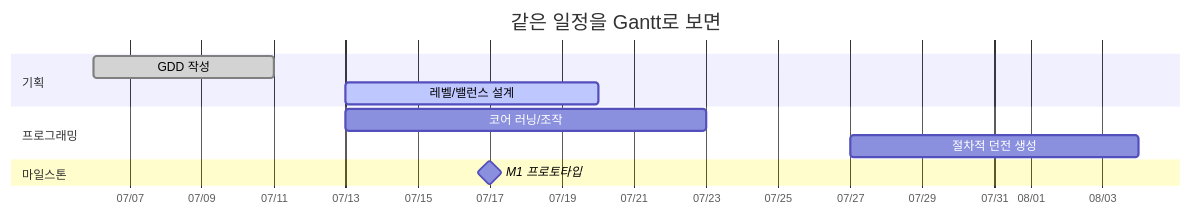
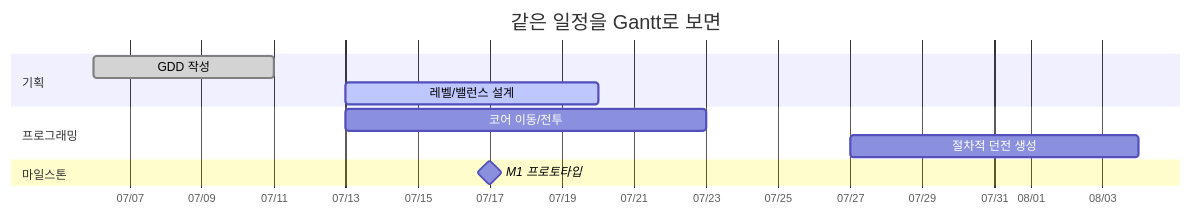
The third of 3 diagrams in 00_Overview/01_PM_Concepts_to_Tools.md (bbnotest/Smart4_PM), drawn with Mermaid before and after one commit. The commit also changed other lines of this file and 36 other files, not shown here.

````diff
--- a/00_Overview/01_PM_Concepts_to_Tools.md
+++ b/00_Overview/01_PM_Concepts_to_Tools.md
@@ -91,14 +91,14 @@
 ```mermaid
 gantt
     title 같은 일정을 Gantt로 보면
     dateFormat YYYY-MM-DD
     axisFormat %m/%d
     section 기획
     GDD 작성           :done, 2026-07-06, 5d
     레벨/밸런스 설계    :active, 2026-07-13, 7d
     section 프로그래밍
-    코어 러닝/조작      :2026-07-13, 10d
+    코어 이동/전투      :2026-07-13, 10d
     절차적 던전 생성    :2026-07-27, 8d
     section 마일스톤
     M1 프로토타입       :milestone, 2026-07-17, 0d
 ```
````
